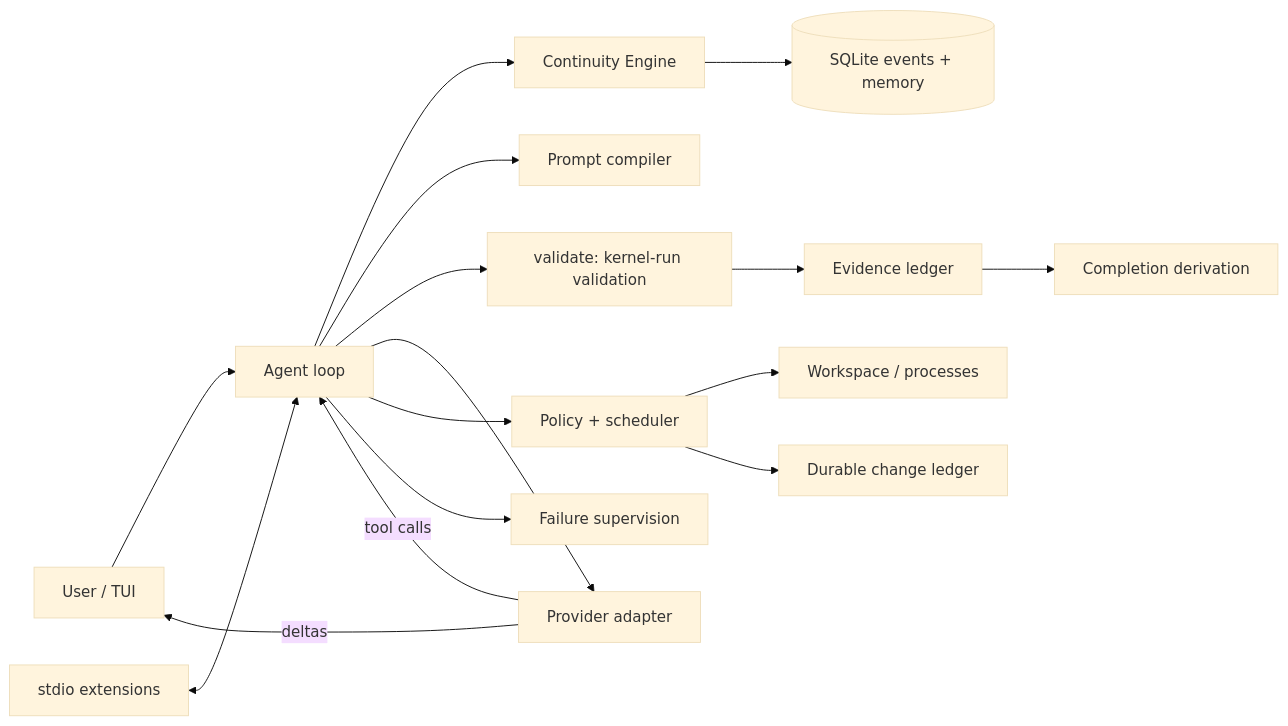
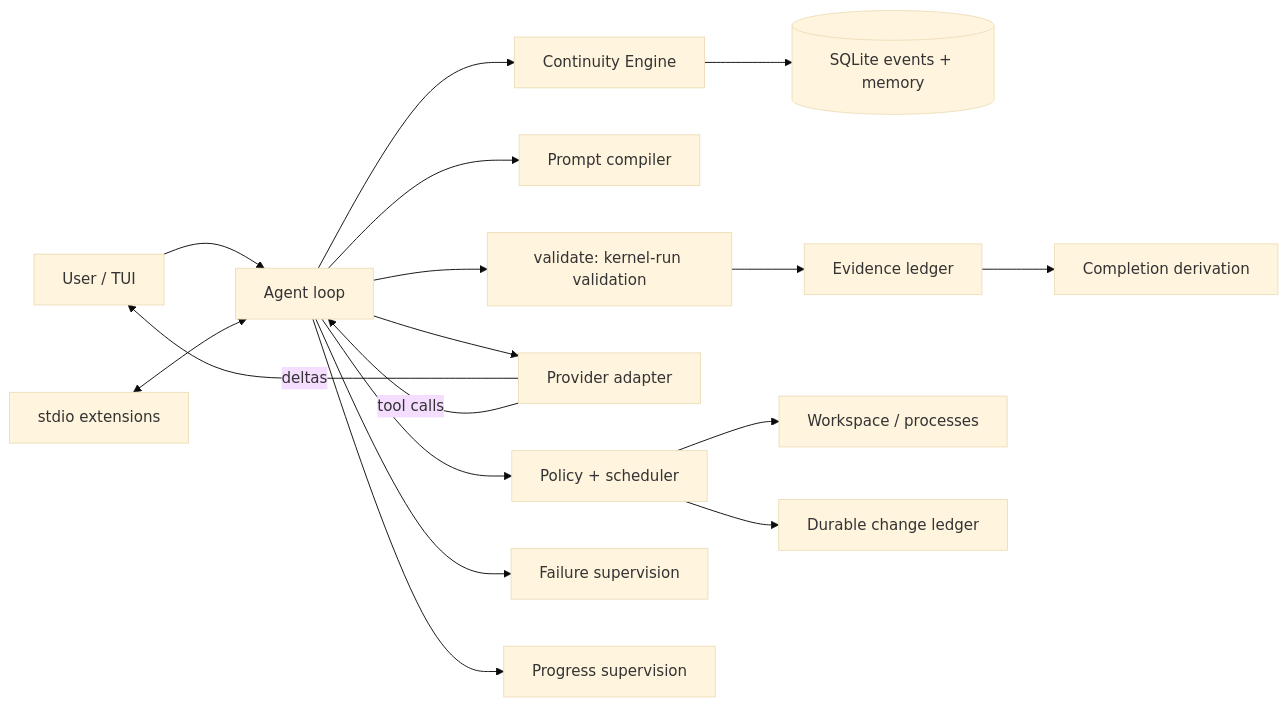
The diagram in docs/ARCHITECTURE.md (JinShuo-Li/latch), drawn with Mermaid (base theme) before and after one commit. The commit also changed other lines of this file and 12 other files, not shown here.

````diff
--- a/docs/ARCHITECTURE.md
+++ b/docs/ARCHITECTURE.md
@@ -10,18 +10,19 @@
 ```mermaid
 flowchart LR
     U[User / TUI] --> K[Agent loop]
     K --> C[Continuity Engine]
     C --> S[(SQLite events + memory)]
     K --> P[Prompt compiler]
     K --> V[validate: kernel-run validation]
     V --> E[Evidence ledger]
     E --> CP[Completion derivation]
     K --> M[Provider adapter]
     M -->|deltas| U
     M -->|tool calls| K
     K --> G[Policy + scheduler]
     G --> W[Workspace / processes]
     G --> L[Durable change ledger]
     K --> F[Failure supervision]
+    K --> PS[Progress supervision]
     X[stdio extensions] <--> K
 ```
````
